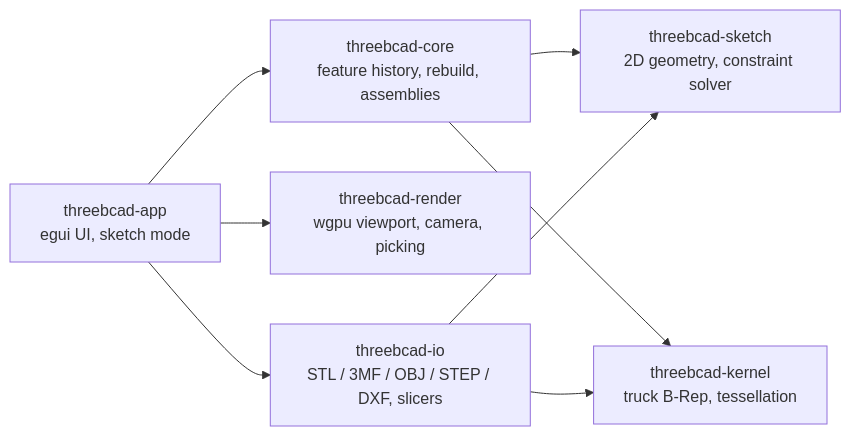
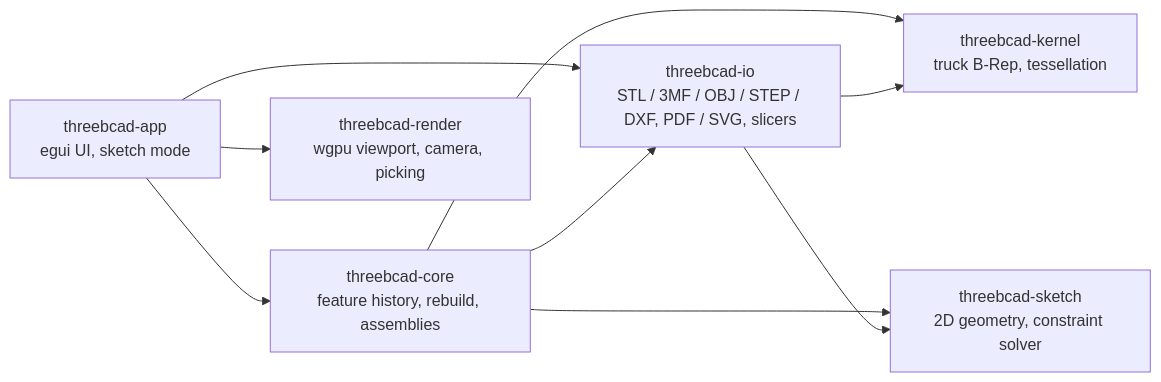
Before and after one commit to Three-Bugs-Studio/3bcad: the first of 2 diagrams in docs/architecture.md, drawn with Mermaid. The commit also changed other lines of this file and 3 other files, not shown here.

````diff
--- a/docs/architecture.md
+++ b/docs/architecture.md
@@ -6,10 +6,11 @@
 ```mermaid
 flowchart LR
     app["threebcad-app<br/>egui UI, sketch mode"] --> core["threebcad-core<br/>feature history, rebuild, assemblies"]
     app --> render["threebcad-render<br/>wgpu viewport, camera, picking"]
-    app --> io["threebcad-io<br/>STL / 3MF / OBJ / STEP / DXF, slicers"]
+    app --> io["threebcad-io<br/>STL / 3MF / OBJ / STEP / DXF, PDF / SVG, slicers"]
+    core --> io
     core --> sketch["threebcad-sketch<br/>2D geometry, constraint solver"]
     core --> kernel["threebcad-kernel<br/>truck B-Rep, tessellation"]
     io --> kernel
     io --> sketch
 ```
````
